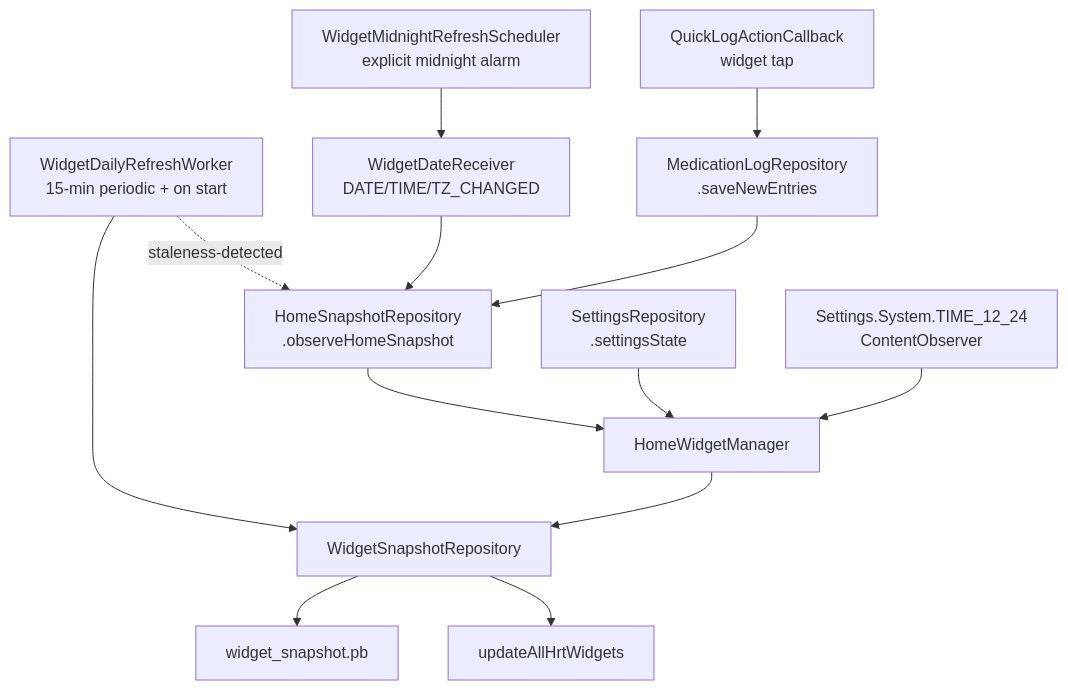
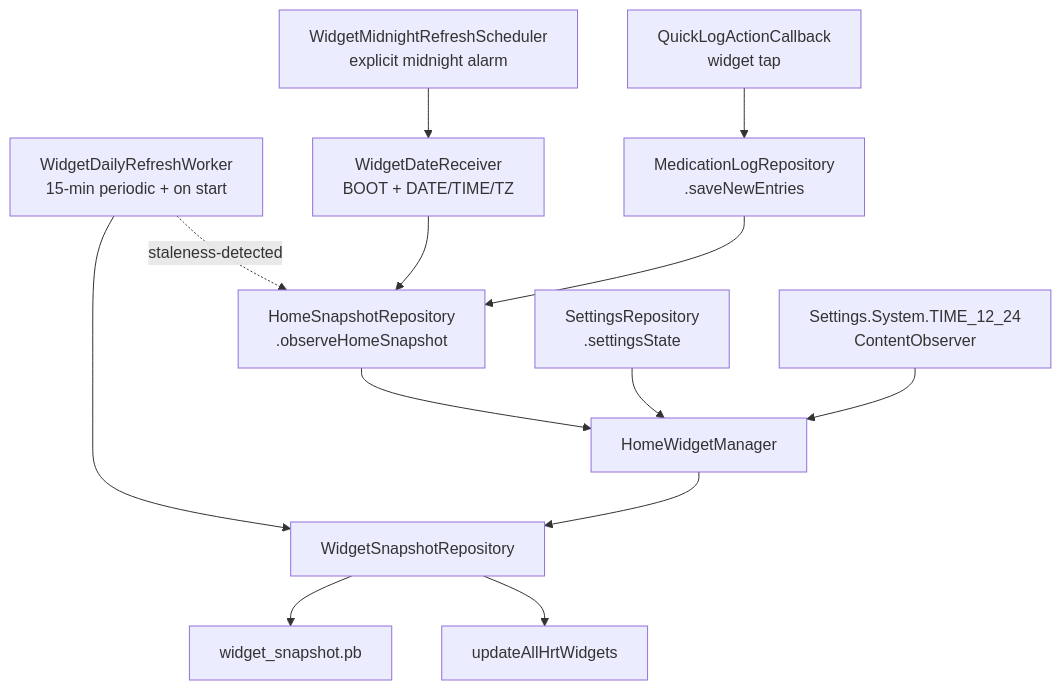
One commit to mkx173/Featherline changed the second of 2 diagrams in docs/widget.md. Above: the diagram before and after it, drawn with Mermaid. The commit also changed other lines of this file, not shown here.

Commit message:
docs: note BOOT_COMPLETED in widget update triggers

````diff
--- a/docs/widget.md
+++ b/docs/widget.md
@@ -216,15 +216,15 @@
 ```mermaid
 graph TD
   homesnapshot[HomeSnapshotRepository<br/>.observeHomeSnapshot] --> manager
   settings[SettingsRepository<br/>.settingsState] --> manager
   timeformat[Settings.System.TIME_12_24<br/>ContentObserver] --> manager
   midnight[WidgetMidnightRefreshScheduler<br/>explicit midnight alarm] --> datereceiver
   worker[WidgetDailyRefreshWorker<br/>15-min periodic + on start] --> repo
   worker -.staleness-detected.-> homesnapshot
-  datereceiver[WidgetDateReceiver<br/>DATE/TIME/TZ_CHANGED] --> homesnapshot
+  datereceiver[WidgetDateReceiver<br/>BOOT + DATE/TIME/TZ] --> homesnapshot
   quicklog[QuickLogActionCallback<br/>widget tap] --> mutation
   mutation[MedicationLogRepository<br/>.saveNewEntries] --> homesnapshot
   manager[HomeWidgetManager] --> repo[WidgetSnapshotRepository]
   repo --> store[widget_snapshot.pb]
   repo --> glance[updateAllHrtWidgets]
 ```
````
